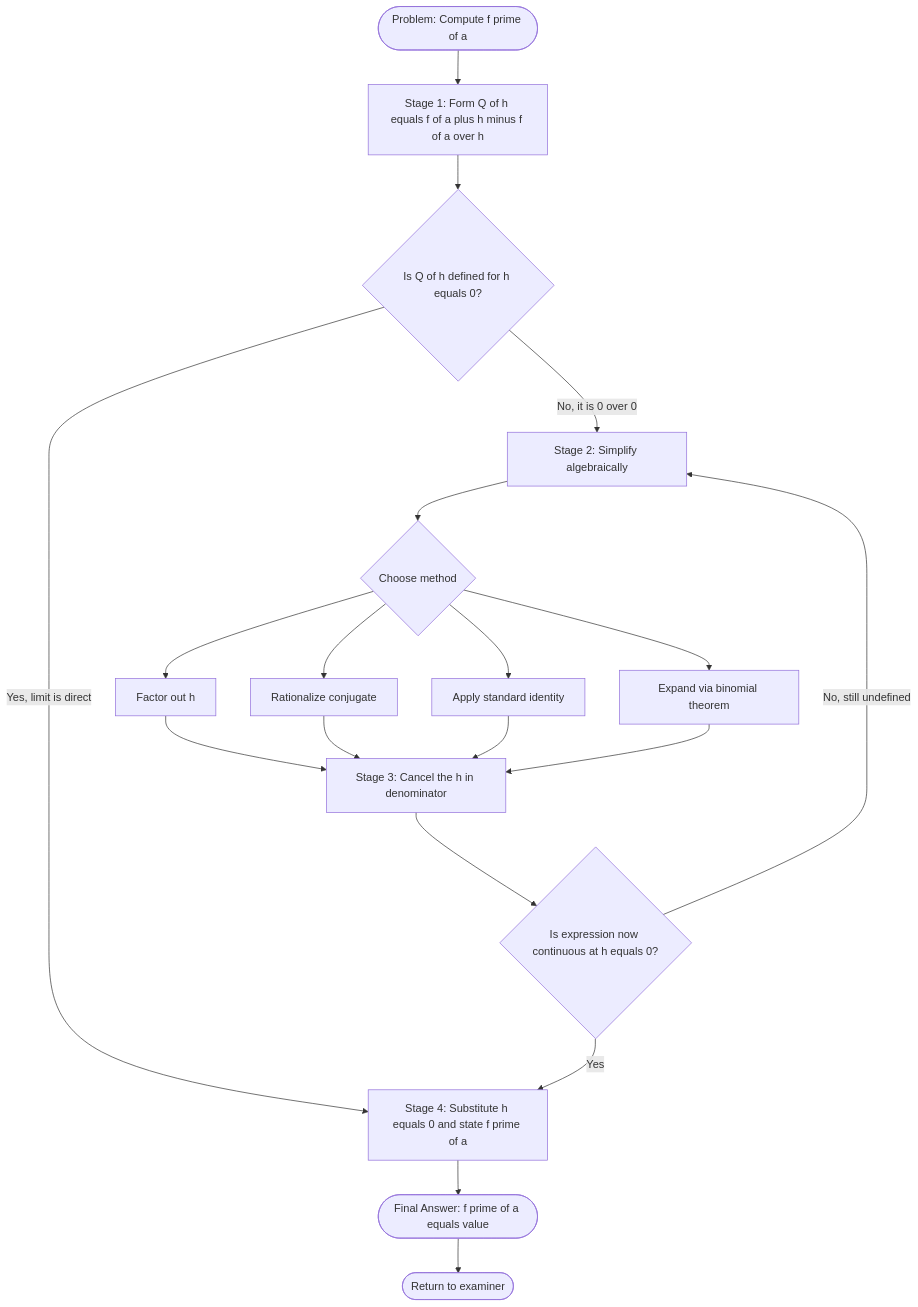
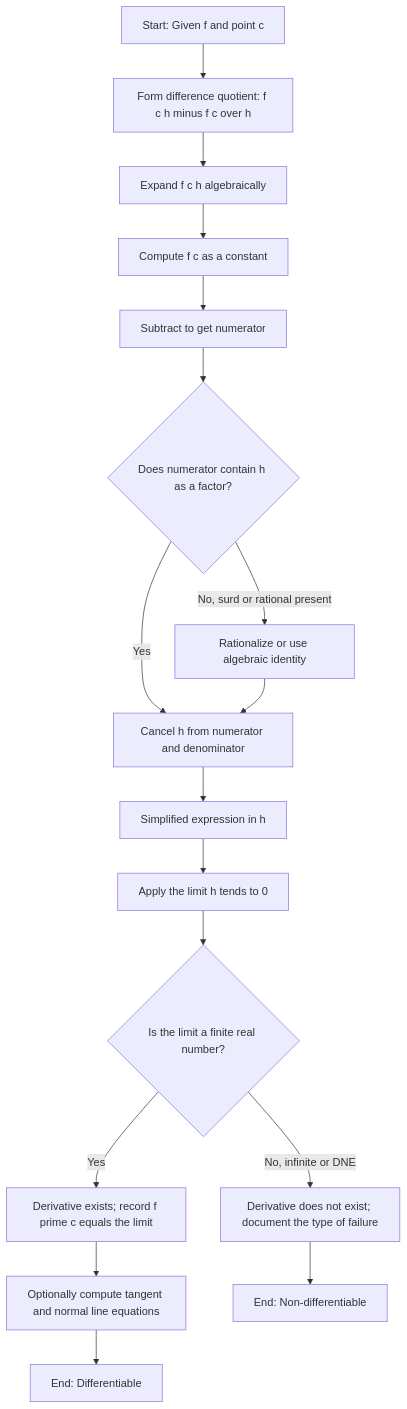
One commit to vishnuu-kr/ktunode changed the first of 4 diagrams in public/notes/computer-science-and-engineering/semester-1/gamat101-mathematics-for-information-science-1/01-module-1-limits-of-function-values/rates-of-change-derivative-at-a-point/notes.md. Above: the diagram before and after it, drawn with Mermaid. The commit also changed other lines of this file and 4829 other files, not shown here.

````diff
--- a/public/notes/computer-science-and-engineering/semester-1/gamat101-mathematics-for-information-science-1/01-module-1-limits-of-function-values/rates-of-change-derivative-at-a-point/notes.md
+++ b/public/notes/computer-science-and-engineering/semester-1/gamat101-mathematics-for-information-science-1/01-module-1-limits-of-function-values/rates-of-change-derivative-at-a-point/notes.md
@@ -286,21 +459,19 @@
 ```mermaid
 flowchart TD
-    start([Problem: Compute f prime of a]) --> stage1[Stage 1: Form Q of h equals f of a plus h minus f of a over h]
-    stage1 --> check1{Is Q of h defined for h equals 0?}
-    check1 -- No, it is 0 over 0 --> stage2[Stage 2: Simplify algebraically]
-    check1 -- Yes, limit is direct --> stage4
-    stage2 --> method{Choose method}
-    method --> m1[Factor out h]
-    method --> m2[Rationalize conjugate]
-    method --> m3[Apply standard identity]
-    method --> m4[Expand via binomial theorem]
-    m1 --> stage3
-    m2 --> stage3
-    m3 --> stage3
-    m4 --> stage3
-    stage3[Stage 3: Cancel the h in denominator] --> check2{Is expression now continuous at h equals 0?}
-    check2 -- Yes --> stage4[Stage 4: Substitute h equals 0 and state f prime of a]
-    check2 -- No, still undefined --> stage2
-    stage4 --> result([Final Answer: f prime of a equals value])
-    result --> end1([Return to examiner])
+    A[Start: Given f and point c] --> B[Form difference quotient: f c h minus f c over h]
+    B --> C[Expand f c h algebraically]
+    C --> D[Compute f c as a constant]
+    D --> E[Subtract to get numerator]
+    E --> F{Does numerator contain h as a factor?}
+    F -- "Yes" --> G[Cancel h from numerator and denominator]
+    F -- "No, surd or rational present" --> H[Rationalize or use algebraic identity]
+    H --> G
+    G --> I[Simplified expression in h]
+    I --> J[Apply the limit h tends to 0]
+    J --> K{Is the limit a finite real number?}
+    K -- "Yes" --> L[Derivative exists; record f prime c equals the limit]
+    K -- "No, infinite or DNE" --> M[Derivative does not exist; document the type of failure]
+    L --> N[Optionally compute tangent and normal line equations]
+    M --> O[End: Non-differentiable]
+    N --> P[End: Differentiable]
 ```
````
